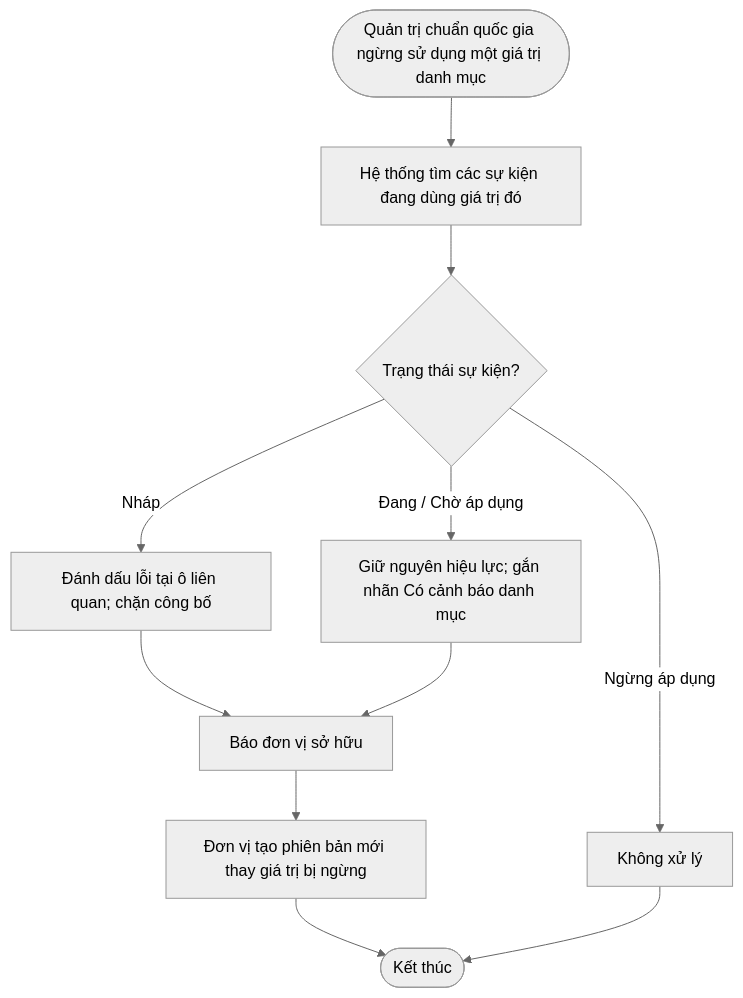
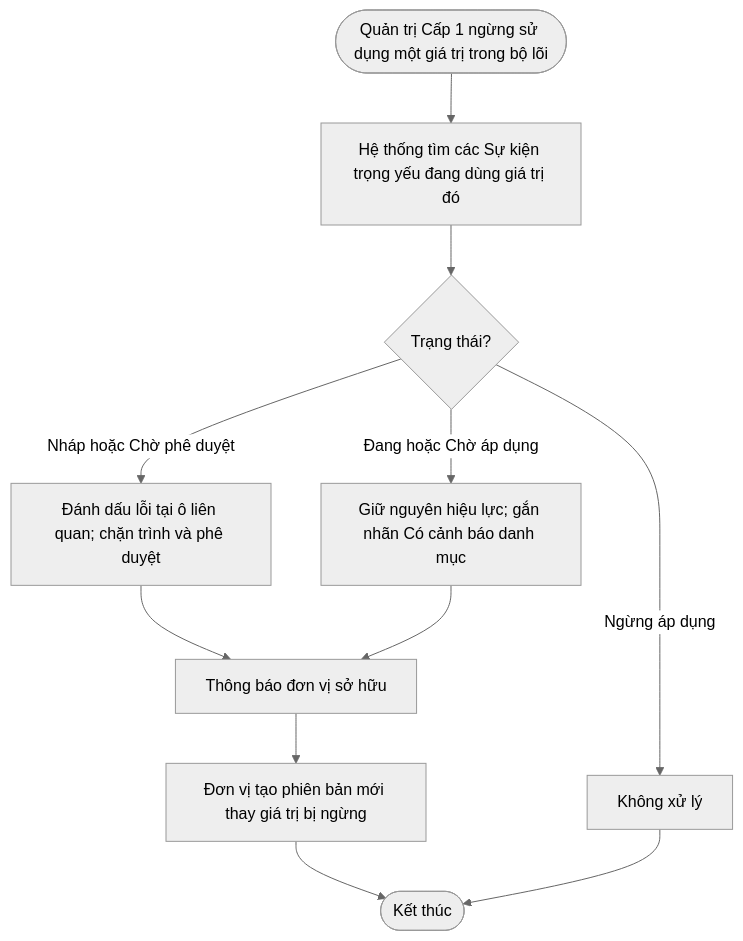
Before and after one commit to cuongnh-rd/ndatrace-attp: diagram 17 of 17 in docs/prd/PRD-Xay-dung-Su-kien-trong-yeu.md, drawn with Mermaid (neutral theme). The commit also changed other lines of this file and 18 other files, not shown here.

First line of the commit message:
docs: PRD Xây dựng Sự kiện trọng yếu v6 - đối chiếu Quyển 2/3, bổ sung phê duyệt, quy tắc viết đầy đủ

````diff
--- a/docs/prd/PRD-Xay-dung-Su-kien-trong-yeu.md
+++ b/docs/prd/PRD-Xay-dung-Su-kien-trong-yeu.md
@@ -592,12 +1046,12 @@
 ```mermaid
 flowchart TD
-    A([Quản trị chuẩn quốc gia ngừng sử dụng một giá trị danh mục]) --> B[Hệ thống tìm các sự kiện đang dùng giá trị đó]
-    B --> C{Trạng thái sự kiện?}
-    C -- Nháp --> D[Đánh dấu lỗi tại ô liên quan; chặn công bố]
-    C -- Đang / Chờ áp dụng --> E[Giữ nguyên hiệu lực; gắn nhãn Có cảnh báo danh mục]
+    A([Quản trị Cấp 1 ngừng sử dụng một giá trị trong bộ lõi]) --> B[Hệ thống tìm các Sự kiện trọng yếu đang dùng giá trị đó]
+    B --> C{Trạng thái?}
+    C -- Nháp hoặc Chờ phê duyệt --> D[Đánh dấu lỗi tại ô liên quan; chặn trình và phê duyệt]
+    C -- Đang hoặc Chờ áp dụng --> E[Giữ nguyên hiệu lực; gắn nhãn Có cảnh báo danh mục]
     C -- Ngừng áp dụng --> F[Không xử lý]
-    D --> G[Báo đơn vị sở hữu]
+    D --> G[Thông báo đơn vị sở hữu]
     E --> G
     G --> H[Đơn vị tạo phiên bản mới thay giá trị bị ngừng] --> Z([Kết thúc])
     F --> Z
 ```
````
